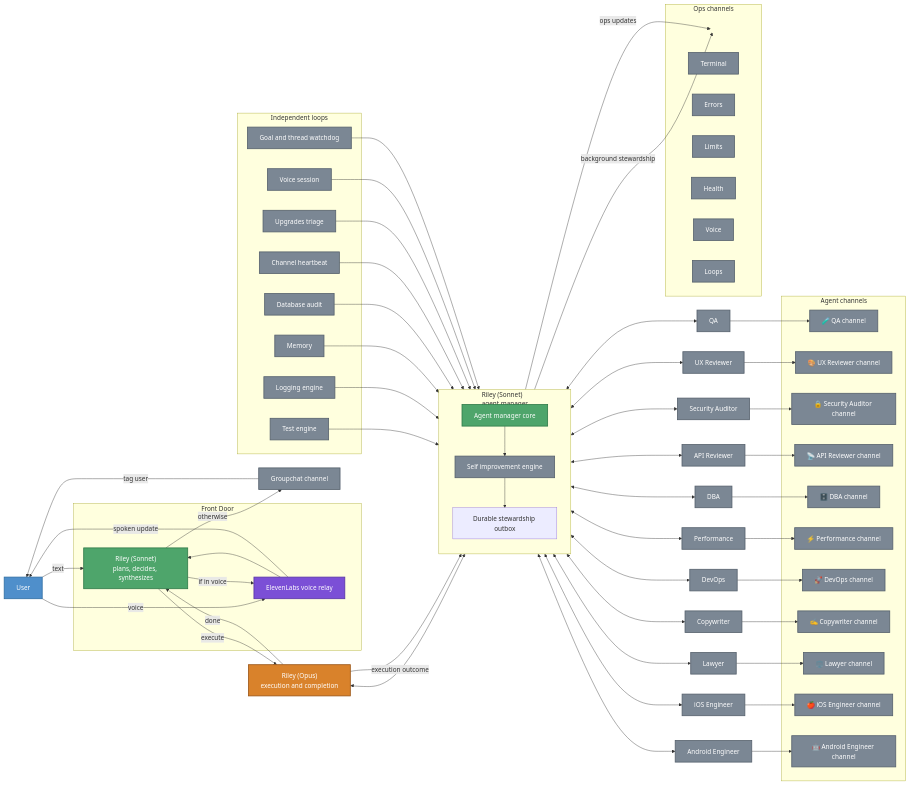
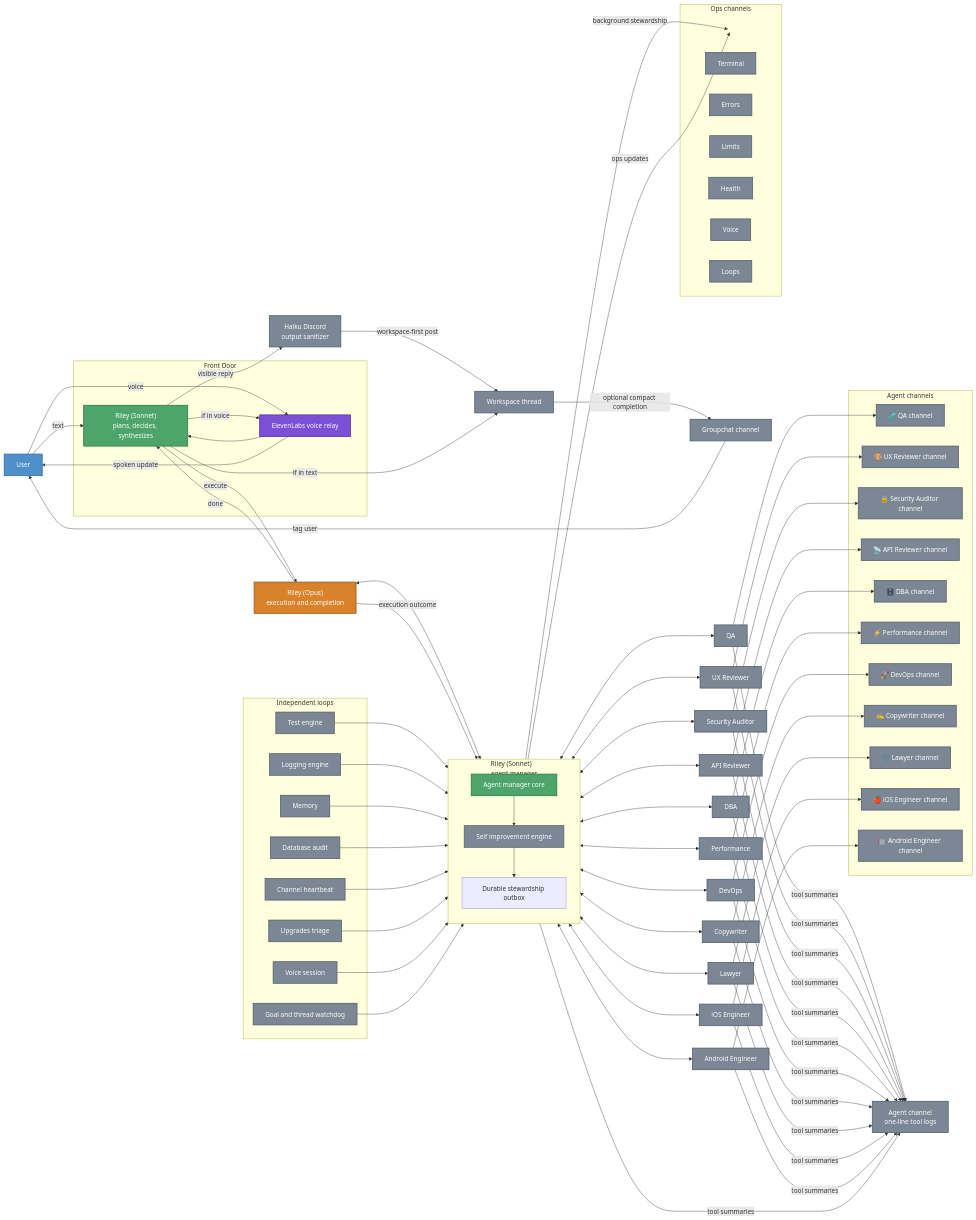
Before and after one commit to jflessenkemper/ASAP-discord: the diagram in README.md, drawn with Mermaid. The commit also changed other lines of this file and 6 other files, not shown here.

Commit message:
Sanitize Discord output and align diagrams

```diff
--- a/README.md
+++ b/README.md
@@ -35,6 +35,9 @@
     User[User]
     Opus["Riley (Opus)<br/>execution and completion"]
     Groupchat[Groupchat channel]
+    Workspace[Workspace thread]
+    OutputSanitizer["Haiku Discord<br/>output sanitizer"]
+    ToolLogs["Agent channel<br/>one-line tool logs"]
     QAAgent[QA]
     UXAgent[UX Reviewer]
     SecurityAgent[Security Auditor]
@@ -135,9 +138,24 @@
     StewardQueue -->|background stewardship| OpsHub
     SelfImproveEngine -->|ops updates| OpsHub
     Opus -->|done| Riley
+    Riley -->|visible reply| OutputSanitizer
+    OutputSanitizer -->|workspace-first post| Workspace
+    Workspace -->|optional compact completion| Groupchat
+    AgentManagerCore -->|tool summaries| ToolLogs
+    QAAgent -->|tool summaries| ToolLogs
+    UXAgent -->|tool summaries| ToolLogs
+    SecurityAgent -->|tool summaries| ToolLogs
+    APIAgent -->|tool summaries| ToolLogs
+    DBAAgent -->|tool summaries| ToolLogs
+    PerformanceAgent -->|tool summaries| ToolLogs
+    DevOpsAgent -->|tool summaries| ToolLogs
+    CopywriterAgent -->|tool summaries| ToolLogs
+    LawyerAgent -->|tool summaries| ToolLogs
+    IOSAgent -->|tool summaries| ToolLogs
+    AndroidAgent -->|tool summaries| ToolLogs
     Riley -->|if in voice| Voice
     Voice -->|spoken update| User
-    Riley -->|otherwise| Groupchat
+    Riley -->|if in text| Workspace
     Groupchat -->|tag user| User
 
     classDef user fill:#4f8fcb,stroke:#2f6ea3,color:#ffffff,stroke-width:2px;
@@ -149,7 +167,7 @@
 
     class User user;
     class Riley riley;
-    class Groupchat,SelfImproveEngine,QAAgent,UXAgent,SecurityAgent,APIAgent,DBAAgent,PerformanceAgent,DevOpsAgent,CopywriterAgent,LawyerAgent,IOSAgent,AndroidAgent,QAChan,UXChan,SecurityChan,APIChan,DBAChan,PerformanceChan,DevOpsChan,CopywriterChan,LawyerChan,IOSChan,AndroidChan,TestEngine,LoggingEngine,MemoryLoop,DatabaseAudit,ChannelHeartbeat,UpgradesTriage,VoiceSession,GoalWatchdog,TerminalCh,ErrorsCh,LimitsCh,HealthCh,VoiceCh,LoopsCh surface;
+    class Groupchat,Workspace,OutputSanitizer,ToolLogs,SelfImproveEngine,QAAgent,UXAgent,SecurityAgent,APIAgent,DBAAgent,PerformanceAgent,DevOpsAgent,CopywriterAgent,LawyerAgent,IOSAgent,AndroidAgent,QAChan,UXChan,SecurityChan,APIChan,DBAChan,PerformanceChan,DevOpsChan,CopywriterChan,LawyerChan,IOSChan,AndroidChan,TestEngine,LoggingEngine,MemoryLoop,DatabaseAudit,ChannelHeartbeat,UpgradesTriage,VoiceSession,GoalWatchdog,TerminalCh,ErrorsCh,LimitsCh,HealthCh,VoiceCh,LoopsCh surface;
     class Voice voice;
     class Opus opus;
     class AgentManagerCore riley;
```
